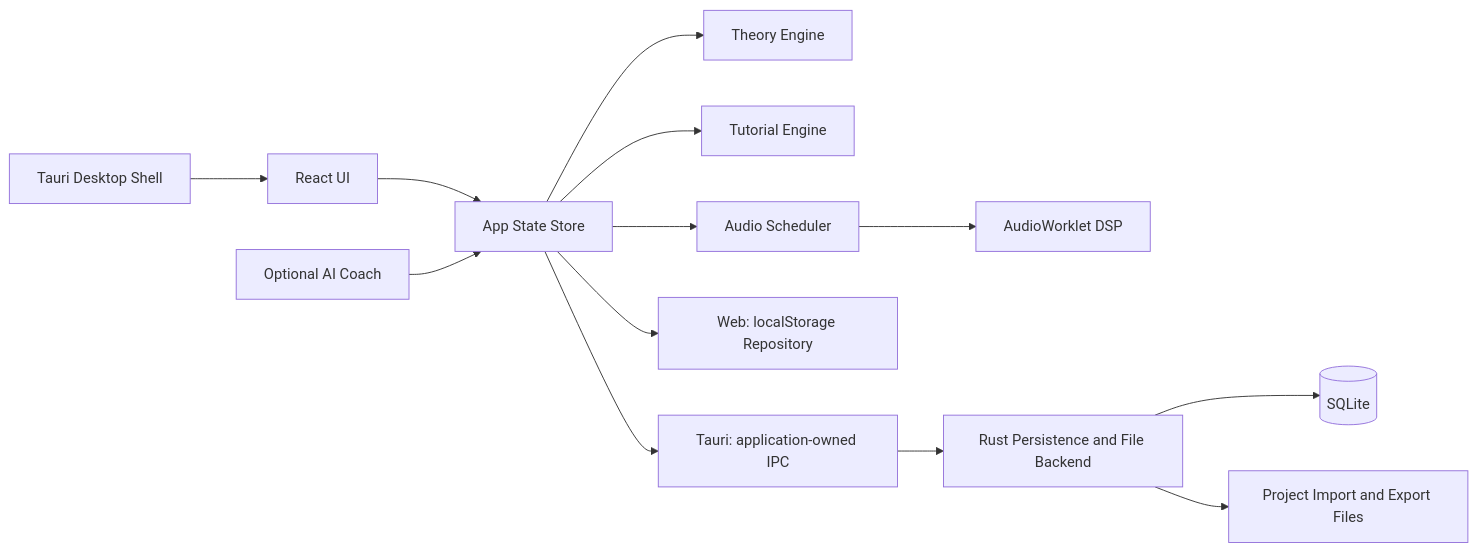
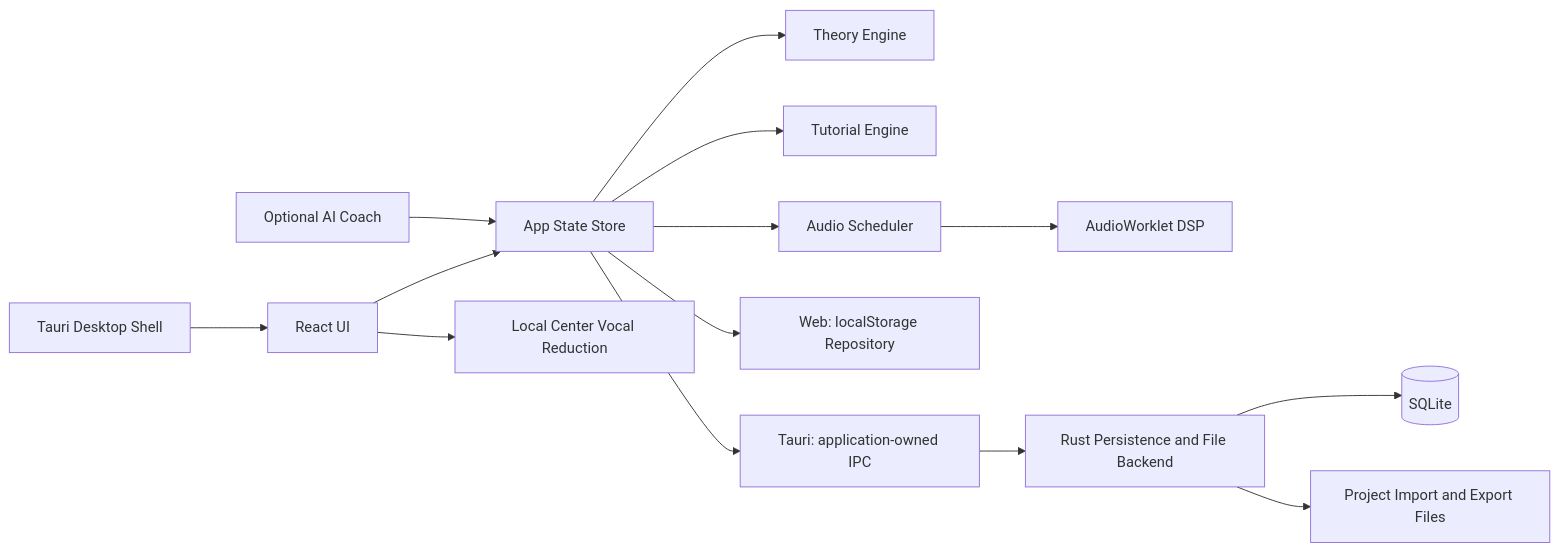
One commit to machaniconico/compose-tutor-studio changed the diagram in docs/05_technical_architecture.md. Above: the diagram before and after it, drawn with Mermaid. The commit also changed other lines of this file and 66 other files, not shown here.

````diff
--- a/docs/05_technical_architecture.md
+++ b/docs/05_technical_architecture.md
@@ -40,15 +40,16 @@
 ```mermaid
 flowchart LR
   Shell[Tauri Desktop Shell] --> UI
   UI[React UI] --> Store[App State Store]
   Store --> Theory[Theory Engine]
   Store --> Tutorial[Tutorial Engine]
   Store --> Audio[Audio Scheduler]
   Audio --> Worklet[AudioWorklet DSP]
+  UI --> VocalCut[Local Center Vocal Reduction]
   Store --> BrowserRepo[Web: localStorage Repository]
   Store --> IPC[Tauri: application-owned IPC]
   IPC --> Rust[Rust Persistence and File Backend]
   Rust --> DB[(SQLite)]
   Rust --> FS[Project Import and Export Files]
   AI[Optional AI Coach] --> Store
 ```
````
